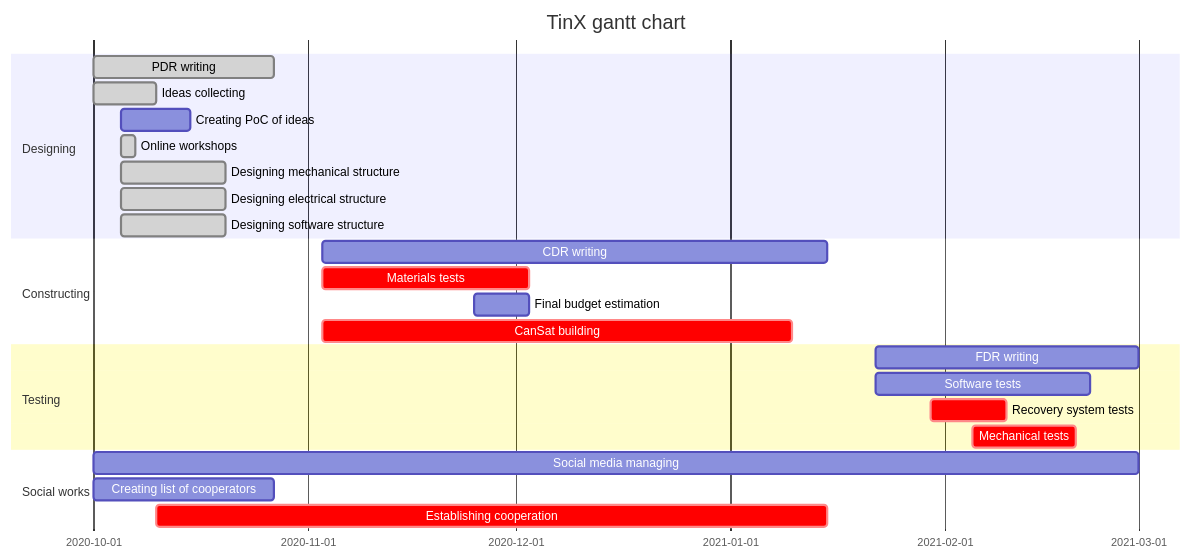
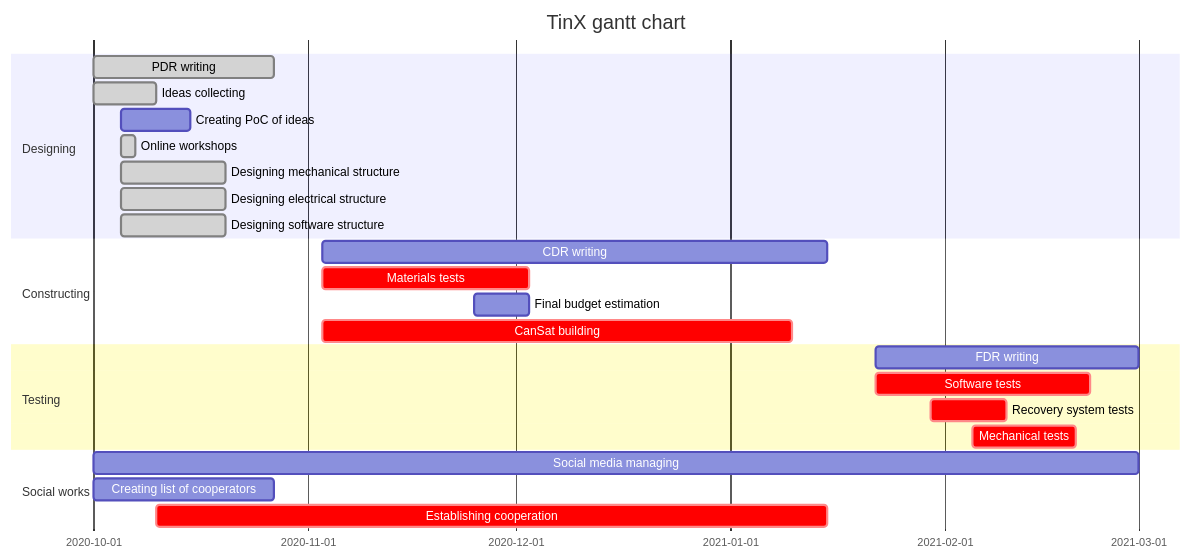
The diagram in gantt-chart.md (TinXsat/project-structure), drawn with Mermaid before and after one commit.

````diff
--- a/gantt-chart.md
+++ b/gantt-chart.md
@@ -25,32 +25,32 @@
 ```mermaid
 gantt
     title TinX gantt chart
     dateFormat  YYYY-MM-DD
     
     section Designing
     PDR writing :done, 2020-10-01, 2020-10-27
     Ideas collecting :done, 2020-10-01, 2020-10-10
     Creating PoC of ideas : 2020-10-05, 2020-10-15
     Online workshops :done, 2020-10-05, 2020-10-07
     Designing mechanical structure :done, 2020-10-05, 2020-10-20
     Designing electrical structure :done, 2020-10-05, 2020-10-20
     Designing software structure :done, 2020-10-05, 2020-10-20
     
     section Constructing
     CDR writing : 2020-11-03, 2021-01-15
     Materials tests :crit, 2020-11-03, 2020-12-03
     Final budget estimation : 2020-11-25, 2020-12-03
     CanSat building :crit, 2020-11-03, 2021-01-10
     
     section Testing 
     FDR writing : 2021-01-22, 2021-03-01
-    Software tests :crit 2021-01-22, 2021-02-22
+    Software tests :crit, 2021-01-22, 2021-02-22
     Recovery system tests :crit, 2021-01-30, 2021-02-10
     Mechanical tests :crit, 2021-02-05, 2021-02-20
     
     section Social works
     Social media managing : 2020-10-01, 2021-03-01
     Creating list of cooperators : 2020-10-01, 2020-10-27
     Establishing cooperation :crit, 2020-10-10, 2021-01-15
     
 ```
````
